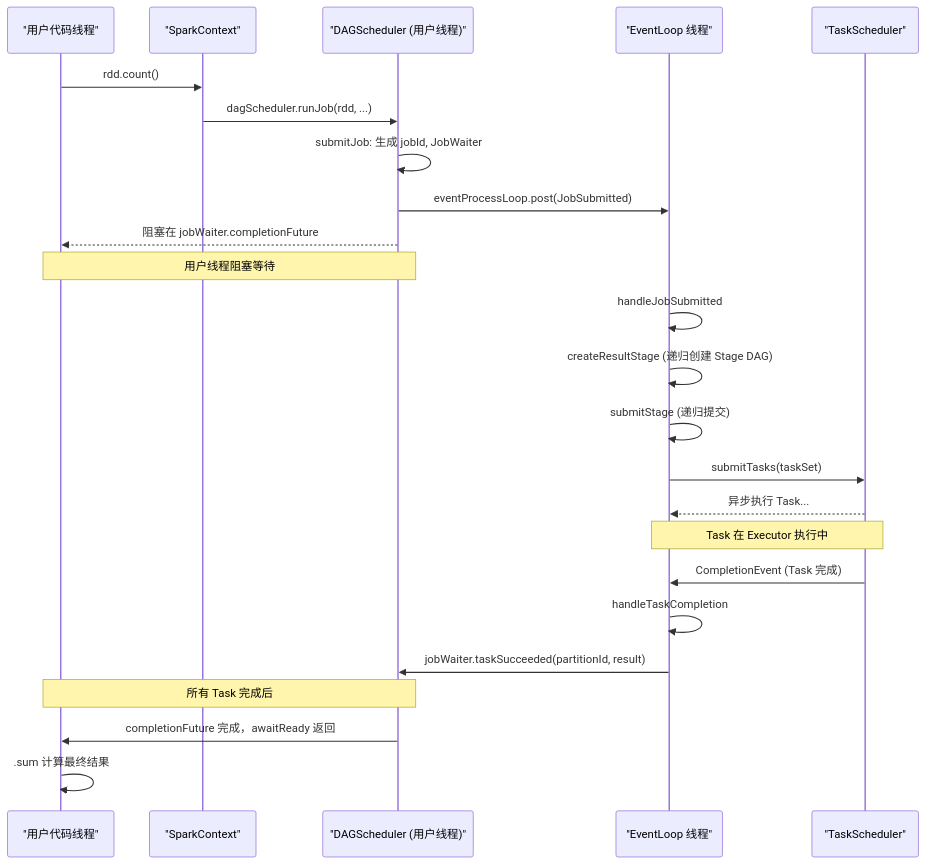
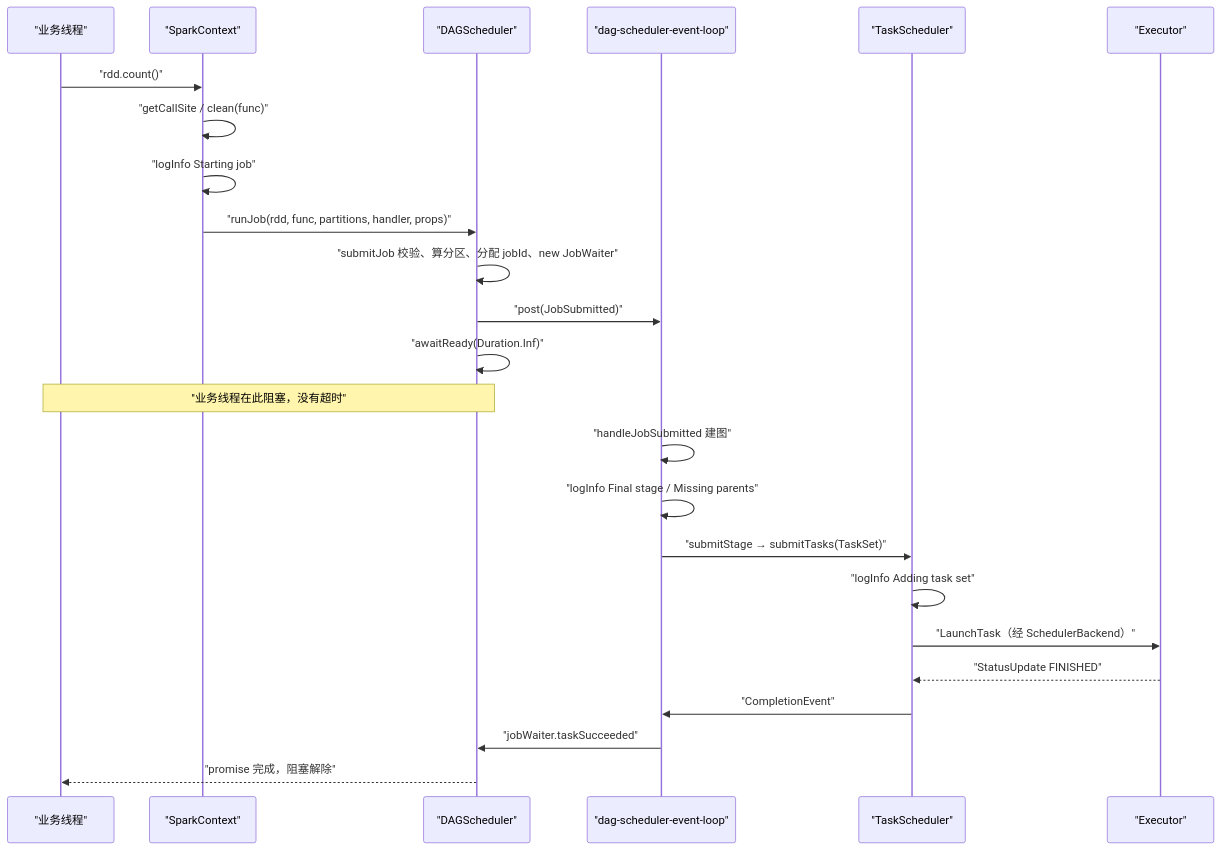
The second of 4 diagrams in content/大数据/Spark/Spark-调度系统与执行模型深度解析/01 任务提交全链路：从用户代码到 RDD 动作的触发细节.md (hpliStartAgain/my-brain), drawn with Mermaid before and after one commit. The commit also changed other lines of this file and 259 other files, not shown here.

````diff
--- a/content/大数据/Spark/Spark-调度系统与执行模型深度解析/01 任务提交全链路：从用户代码到 RDD 动作的触发细节.md
+++ b/content/大数据/Spark/Spark-调度系统与执行模型深度解析/01 任务提交全链路：从用户代码到 RDD 动作的触发细节.md
@@ -454,31 +66,27 @@
 ```mermaid
+%%{init: {'theme': 'dracula'}}%%
 sequenceDiagram
-    participant User as "用户代码线程"
+    participant U as "业务线程"
     participant SC as "SparkContext"
-    participant DAG as "DAGScheduler (用户线程)"
-    participant EL as "EventLoop 线程"
+    participant DS as "DAGScheduler"
+    participant EL as "dag-scheduler-event-loop"
     participant TS as "TaskScheduler"
-
-    User->>SC: rdd.count()
-    SC->>DAG: dagScheduler.runJob(rdd, ...)
-    DAG->>DAG: submitJob: 生成 jobId, JobWaiter
-    DAG->>EL: eventProcessLoop.post(JobSubmitted)
-    DAG-->>User: 阻塞在 jobWaiter.completionFuture
-    Note over User,DAG: 用户线程阻塞等待
-
-    EL->>EL: handleJobSubmitted
-    EL->>EL: createResultStage (递归创建 Stage DAG)
-    EL->>EL: submitStage (递归提交)
-    EL->>TS: submitTasks(taskSet)
-    TS-->>EL: 异步执行 Task...
-
-    Note over EL,TS: Task 在 Executor 执行中
-
-    TS->>EL: CompletionEvent (Task 完成)
-    EL->>EL: handleTaskCompletion
-    EL->>DAG: jobWaiter.taskSucceeded(partitionId, result)
-
-    Note over DAG,User: 所有 Task 完成后
-    DAG->>User: completionFuture 完成，awaitReady 返回
-    User->>User: .sum 计算最终结果
+    participant EX as "Executor"
+    U->>SC: "rdd.count()"
+    SC->>SC: "getCallSite / clean(func)"
+    SC->>SC: "logInfo Starting job"
+    SC->>DS: "runJob(rdd, func, partitions, handler, props)"
+    DS->>DS: "submitJob 校验、算分区、分配 jobId、new JobWaiter"
+    DS->>EL: "post(JobSubmitted)"
+    DS->>DS: "awaitReady(Duration.Inf)"
+    Note over U,DS: "业务线程在此阻塞，没有超时"
+    EL->>EL: "handleJobSubmitted 建图"
+    EL->>EL: "logInfo Final stage / Missing parents"
+    EL->>TS: "submitStage → submitTasks(TaskSet)"
+    TS->>TS: "logInfo Adding task set"
+    TS->>EX: "LaunchTask（经 SchedulerBackend）"
+    EX-->>TS: "StatusUpdate FINISHED"
+    TS->>EL: "CompletionEvent"
+    EL->>DS: "jobWaiter.taskSucceeded"
+    DS-->>U: "promise 完成，阻塞解除"
 ```
````
